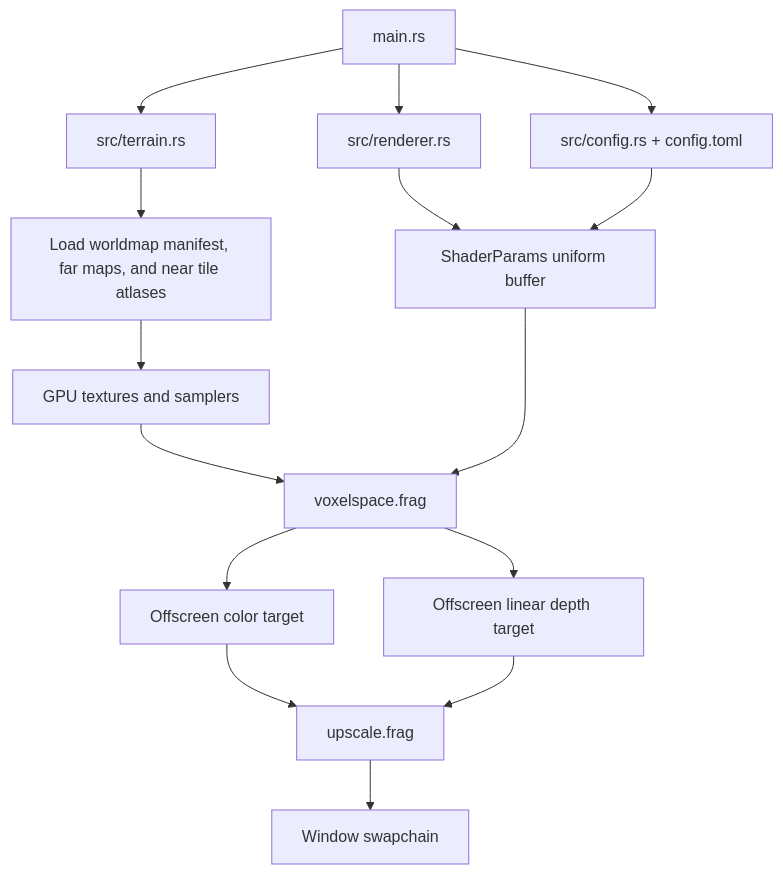
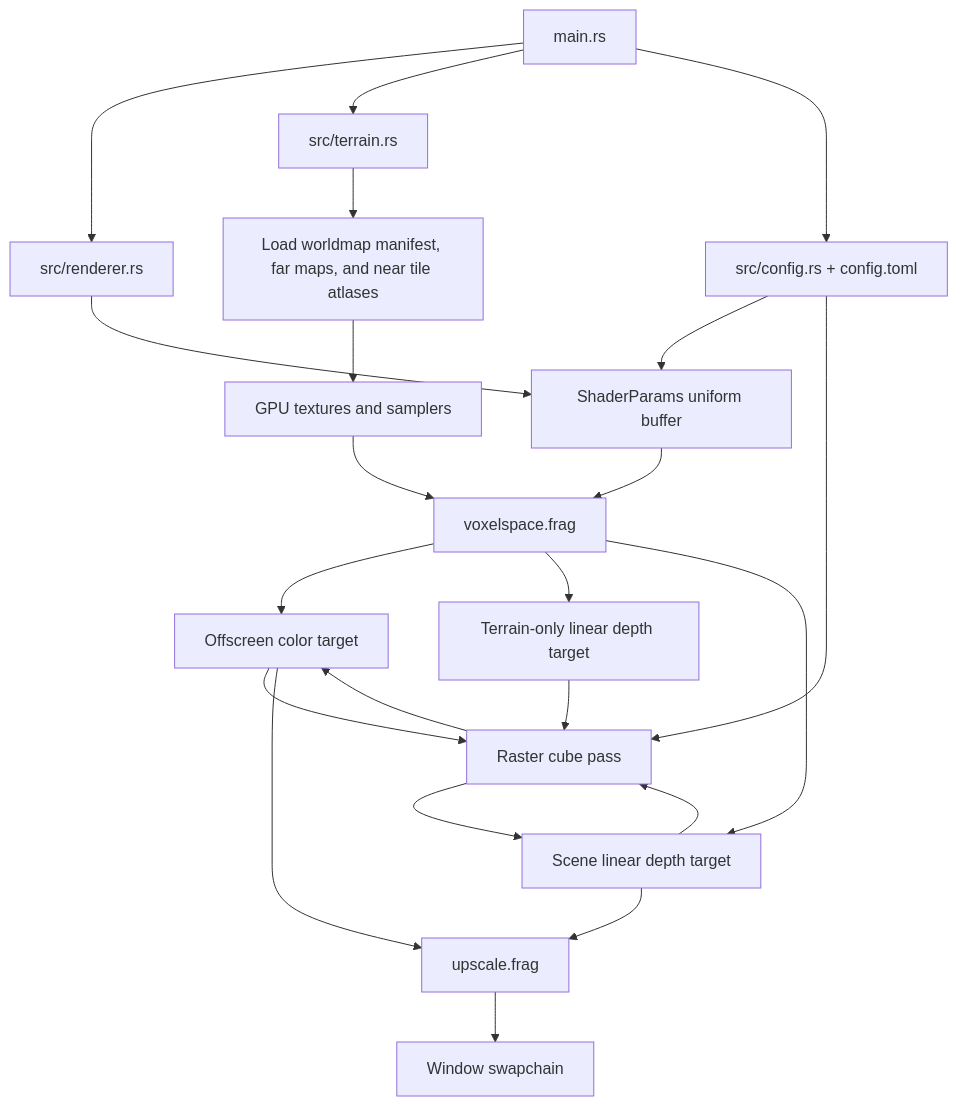
One commit to lfdwm/tungsten changed the diagram in docs/terrain-renderer.md. Above: the diagram before and after it, drawn with Mermaid. The commit also changed other lines of this file and 8 other files, not shown here.

````diff
--- a/docs/terrain-renderer.md
+++ b/docs/terrain-renderer.md
@@ -16,17 +17,24 @@
 ```mermaid
 flowchart TD
     CPU[main.rs] --> Renderer[src/renderer.rs]
     CPU --> Terrain[src/terrain.rs]
     Terrain --> LoadMaps[Load worldmap manifest, far maps, and near tile atlases]
     LoadMaps --> GPUTextures[GPU textures and samplers]
     CPU --> Config[src/config.rs + config.toml]
     Renderer --> Uniforms[ShaderParams uniform buffer]
     Config --> Uniforms
     GPUTextures --> TerrainShader[voxelspace.frag]
     Uniforms --> TerrainShader
     TerrainShader --> LowResColor[Offscreen color target]
-    TerrainShader --> LowResDepth[Offscreen linear depth target]
+    TerrainShader --> TerrainDepth[Terrain-only linear depth target]
+    TerrainShader --> SceneDepth[Scene linear depth target]
+    Config --> RasterCube[Raster cube pass]
+    TerrainDepth --> RasterCube
+    LowResColor --> RasterCube
+    SceneDepth --> RasterCube
+    RasterCube --> LowResColor
+    RasterCube --> SceneDepth
     LowResColor --> Upscale[upscale.frag]
-    LowResDepth --> Upscale
+    SceneDepth --> Upscale
     Upscale --> Swapchain[Window swapchain]
 ```
````
